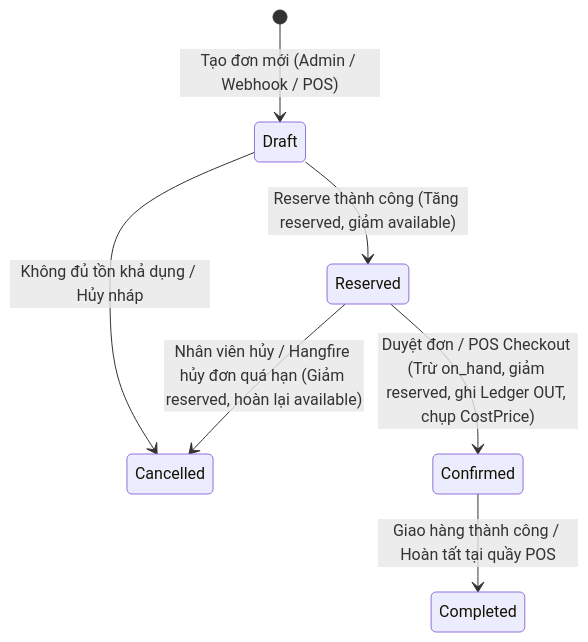
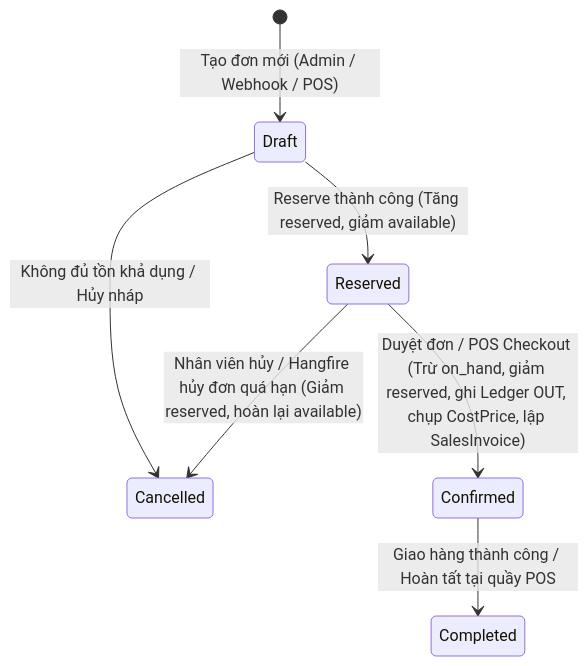
Before and after one commit to khoalvd839764-netizen/OISMS: the first of 4 diagrams in docs/04-architecture-and-design/04-state-machines.md, drawn with Mermaid. The commit also changed 50 other files, not shown here.

````diff
--- a/docs/04-architecture-and-design/04-state-machines.md
+++ b/docs/04-architecture-and-design/04-state-machines.md
@@ -24,9 +24,9 @@
 ```mermaid
 stateDiagram-v2
     [*] --> Draft : Tạo đơn mới (Admin / Webhook / POS)
     Draft --> Reserved : Reserve thành công (Tăng reserved, giảm available)
     Draft --> Cancelled : Không đủ tồn khả dụng / Hủy nháp
-    Reserved --> Confirmed : Duyệt đơn / POS Checkout (Trừ on_hand, giảm reserved, ghi Ledger OUT, chụp CostPrice)
+    Reserved --> Confirmed : Duyệt đơn / POS Checkout (Trừ on_hand, giảm reserved, ghi Ledger OUT, chụp CostPrice, lập SalesInvoice)
     Reserved --> Cancelled : Nhân viên hủy / Hangfire hủy đơn quá hạn (Giảm reserved, hoàn lại available)
     Confirmed --> Completed : Giao hàng thành công / Hoàn tất tại quầy POS
 ```
````
